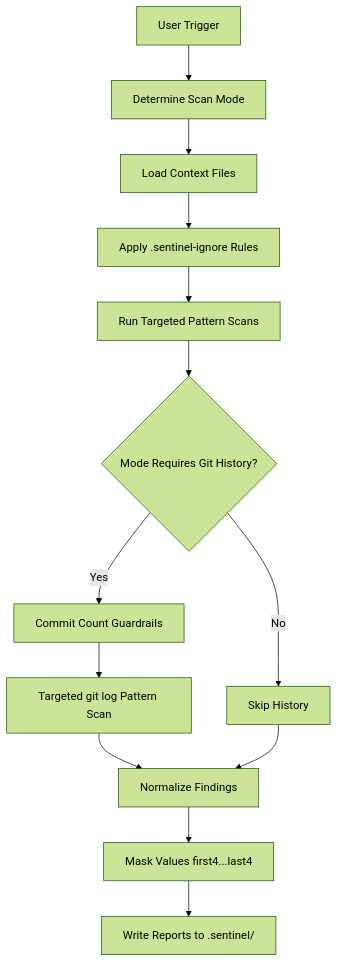
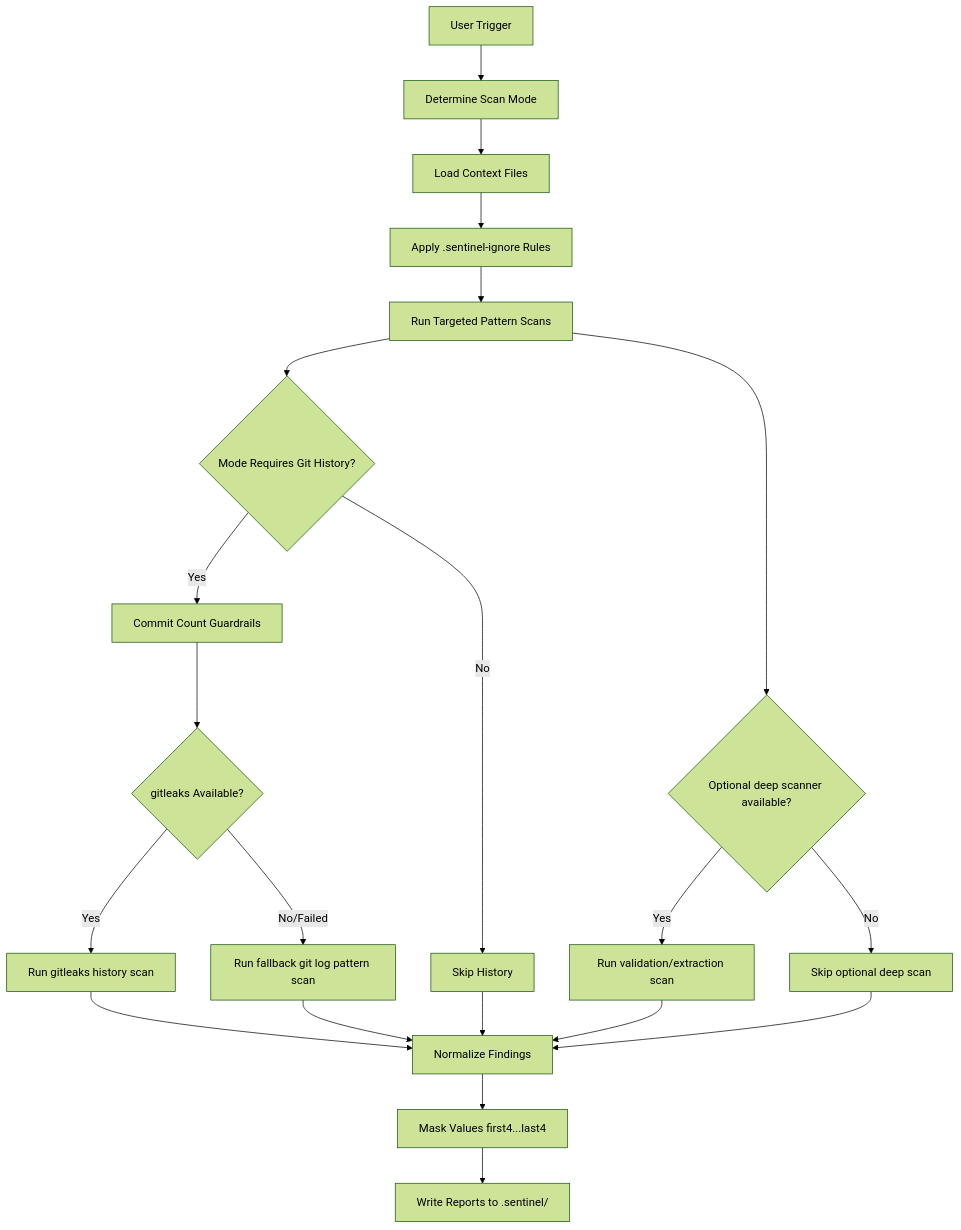
One commit to Elvis020/sentinel-scan changed the diagram in README.md. Above: the diagram before and after it, drawn with Mermaid (forest theme). The commit also changed other lines of this file and 9 other files, not shown here.

````diff
--- a/README.md
+++ b/README.md
@@ -38,15 +43,23 @@
 ```mermaid
 flowchart TD
     A[User Trigger] --> B[Determine Scan Mode]
     B --> C[Load Context Files]
     C --> D[Apply .sentinel-ignore Rules]
     D --> E[Run Targeted Pattern Scans]
     E --> F{Mode Requires Git History?}
     F -- Yes --> G[Commit Count Guardrails]
-    G --> H[Targeted git log Pattern Scan]
-    F -- No --> I[Skip History]
-    H --> J[Normalize Findings]
-    I --> J
-    J --> K[Mask Values first4...last4]
-    K --> L[Write Reports to .sentinel/]
+    G --> H{gitleaks Available?}
+    H -- Yes --> I[Run gitleaks history scan]
+    H -- No/Failed --> J[Run fallback git log pattern scan]
+    E --> K{Optional deep scanner available?}
+    K -- Yes --> L[Run validation/extraction scan]
+    K -- No --> M[Skip optional deep scan]
+    F -- No --> N[Skip History]
+    I --> O[Normalize Findings]
+    J --> O
+    L --> O
+    M --> O
+    N --> O
+    O --> P[Mask Values first4...last4]
+    P --> Q[Write Reports to .sentinel/]
 ```
````
